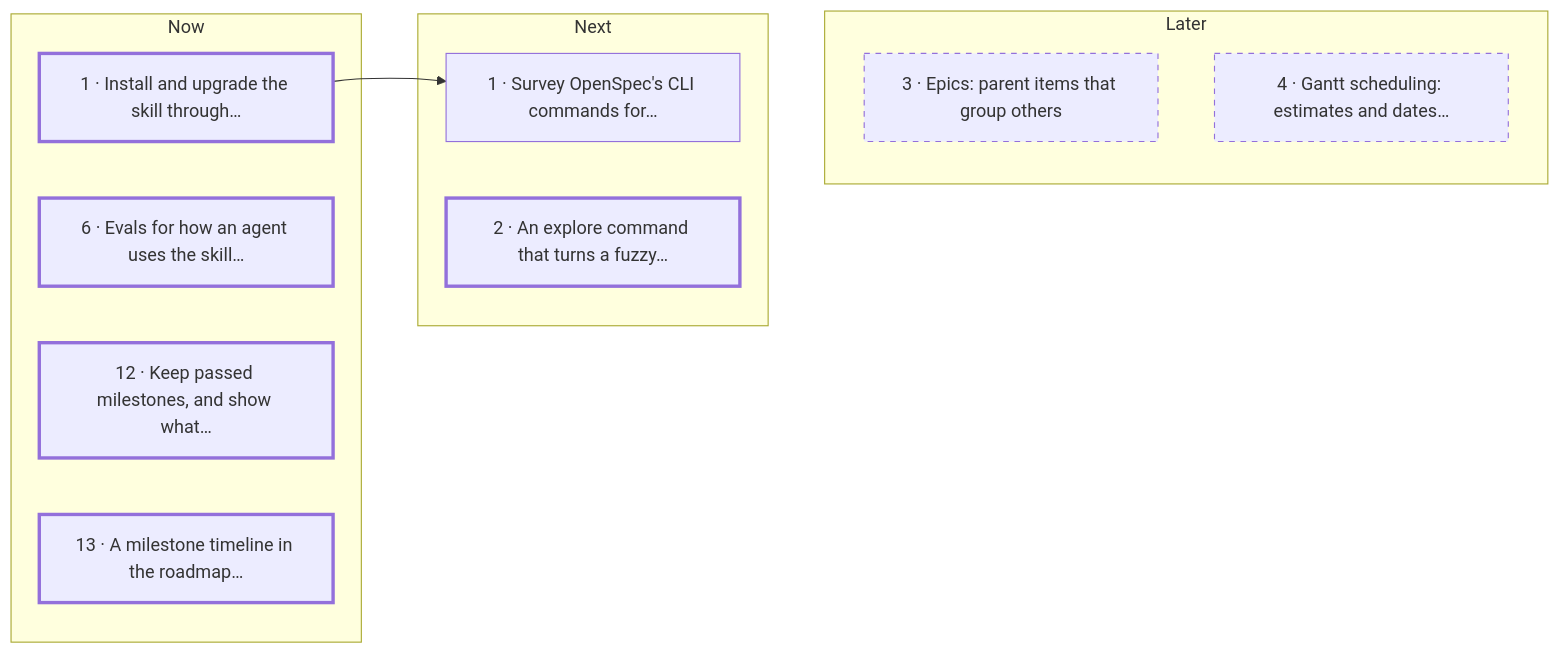
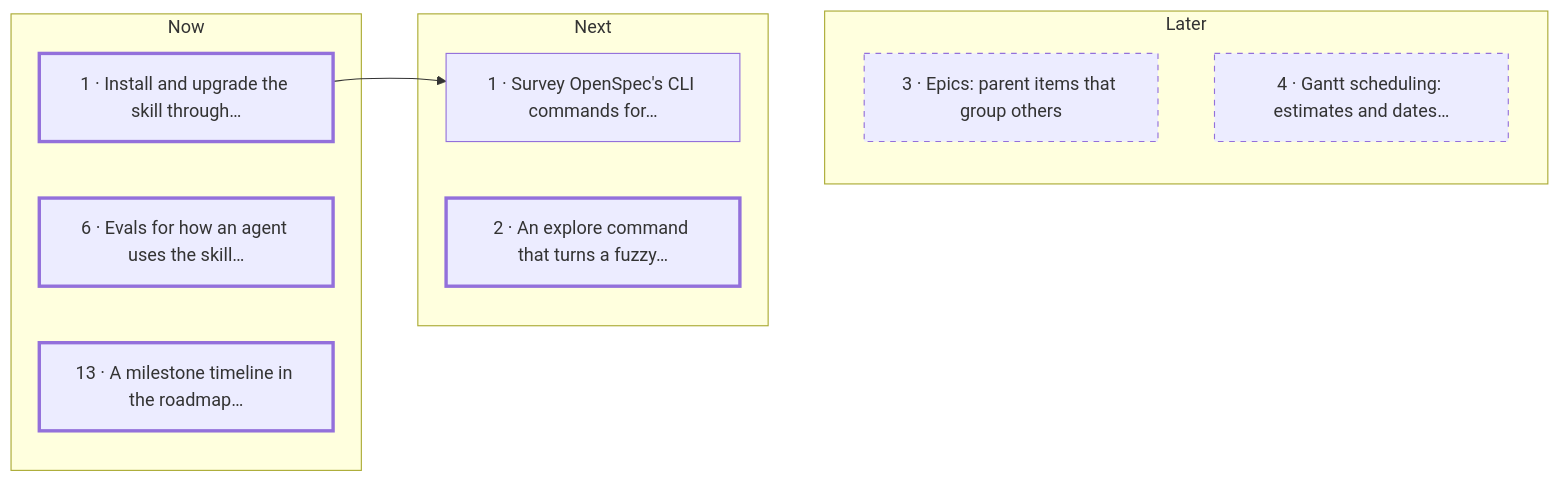
The diagram in roadmap/README.md (carby/simple-agentic-roadmap-skill), drawn with Mermaid before and after one commit. The commit also changed other lines of this file and 2 other files, not shown here.

Commit message:
docs(roadmap): close milestone-history as shipped in #15

````diff
--- a/roadmap/README.md
+++ b/roadmap/README.md
@@ -42,23 +42,22 @@
 ```mermaid
 flowchart LR
   subgraph b_now ["Now"]
     i_npm_installer["1 · Install and upgrade the skill through…"]
     i_agent_behaviour_evals["6 · Evals for how an agent uses the skill…"]
-    i_milestone_history["12 · Keep passed milestones, and show what…"]
     i_milestone_timeline["13 · A milestone timeline in the roadmap…"]
   end
   subgraph b_next ["Next"]
     i_openspec_command_parity["1 · Survey OpenSpec's CLI commands for…"]
     i_explore_command["2 · An explore command that turns a fuzzy…"]
   end
   subgraph b_later ["Later"]
     i_epics["3 · Epics: parent items that group others"]
     i_gantt_scheduling["4 · Gantt scheduling: estimates and dates…"]
   end
   b_now ~~~ b_next ~~~ b_later
   i_npm_installer --> i_openspec_command_parity
   classDef ready stroke-width: 3px
-  class i_npm_installer,i_agent_behaviour_evals,i_milestone_history,i_milestone_timeline,i_explore_command ready
+  class i_npm_installer,i_agent_behaviour_evals,i_milestone_timeline,i_explore_command ready
   classDef later stroke-dasharray: 5 5
   class i_epics,i_gantt_scheduling later
 ```
````
